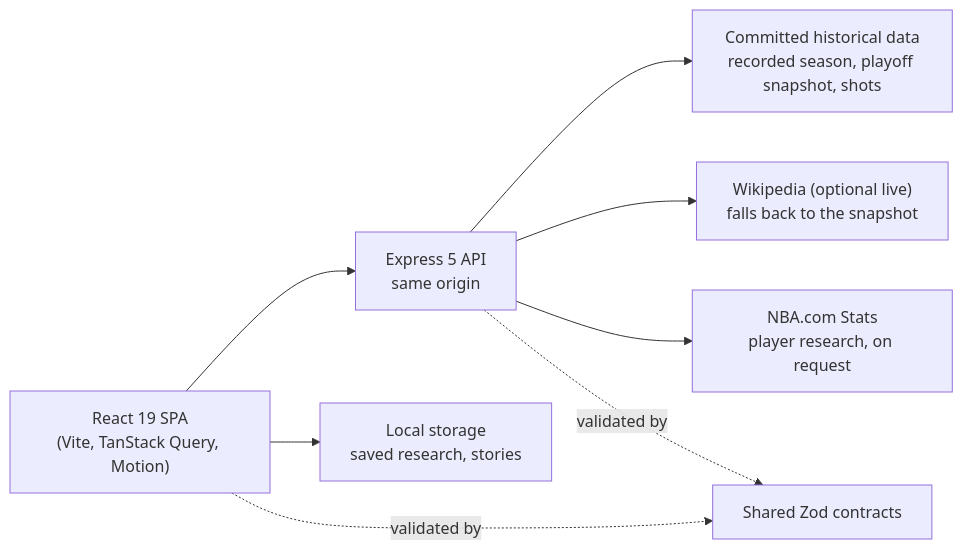
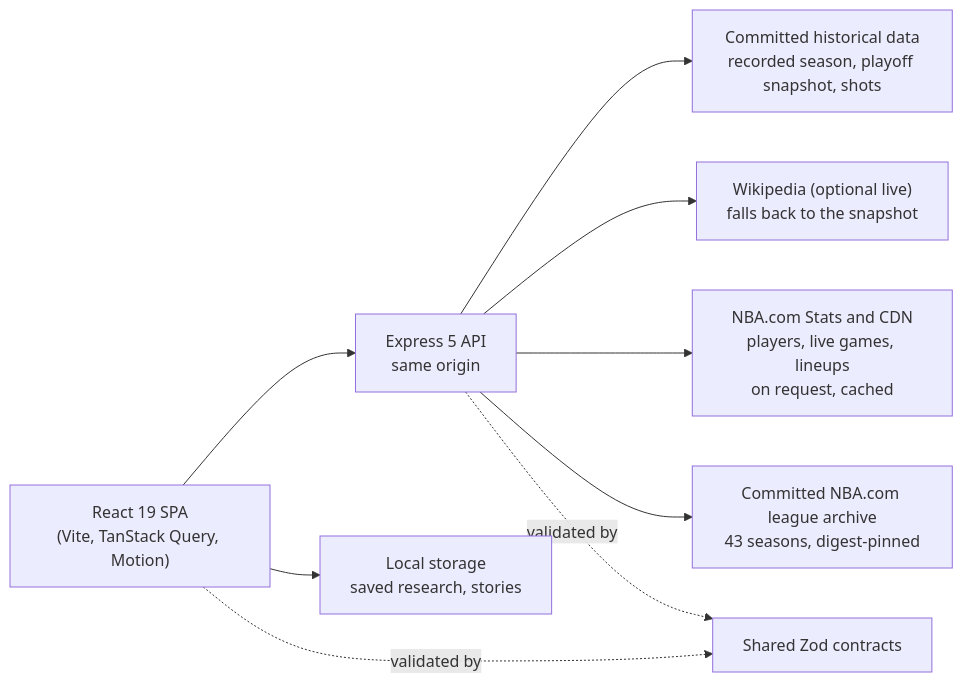
Before and after one commit to lorenzodarioben-lgtm/nba-performance-explorer: the diagram in README.md, drawn with Mermaid. The commit also changed other lines of this file and 8 other files, not shown here.

````diff
--- a/README.md
+++ b/README.md
@@ -129,10 +144,11 @@
 ```mermaid
 flowchart LR
   Browser["React 19 SPA\n(Vite, TanStack Query, Motion)"] --> Api["Express 5 API\nsame origin"]
   Api --> Recorded["Committed historical data\nrecorded season, playoff snapshot, shots"]
   Api --> Wiki["Wikipedia (optional live)\nfalls back to the snapshot"]
-  Api --> Nba["NBA.com Stats\nplayer research, on request"]
+  Api --> Nba["NBA.com Stats and CDN\nplayers, live games, lineups\non request, cached"]
+  Api --> League["Committed NBA.com league archive\n43 seasons, digest-pinned"]
   Api -. "validated by" .-> Contracts["Shared Zod contracts"]
   Browser -. "validated by" .-> Contracts
   Browser --> Local["Local storage\nsaved research, stories"]
 ```
````
